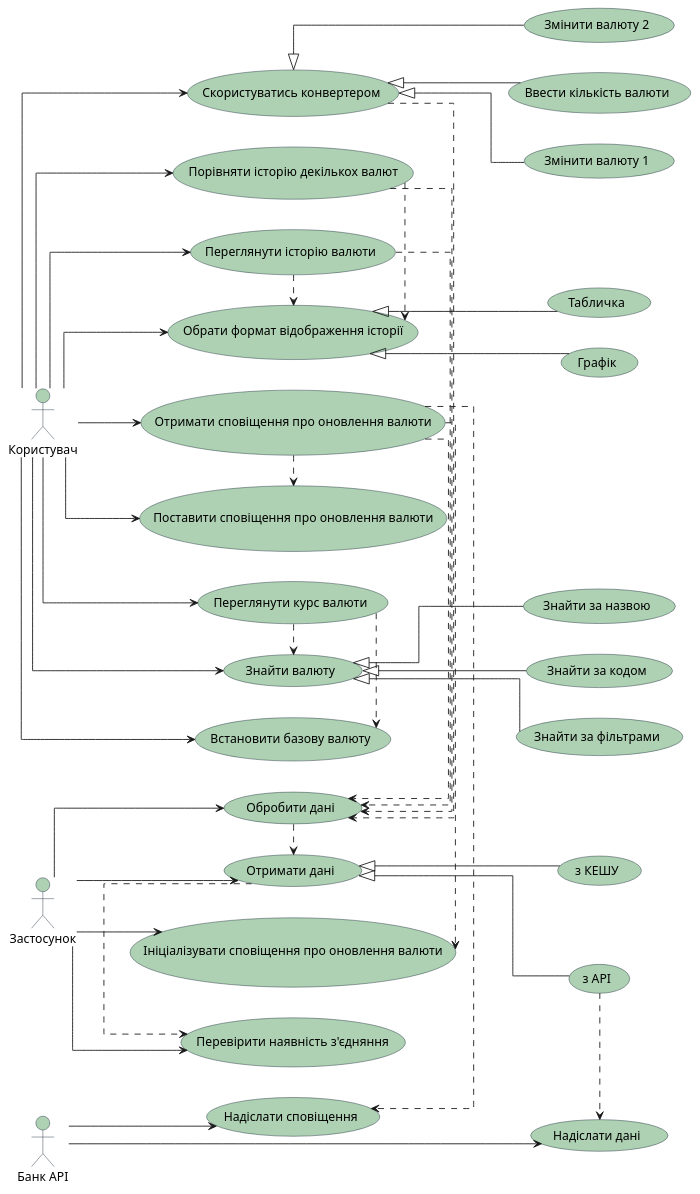
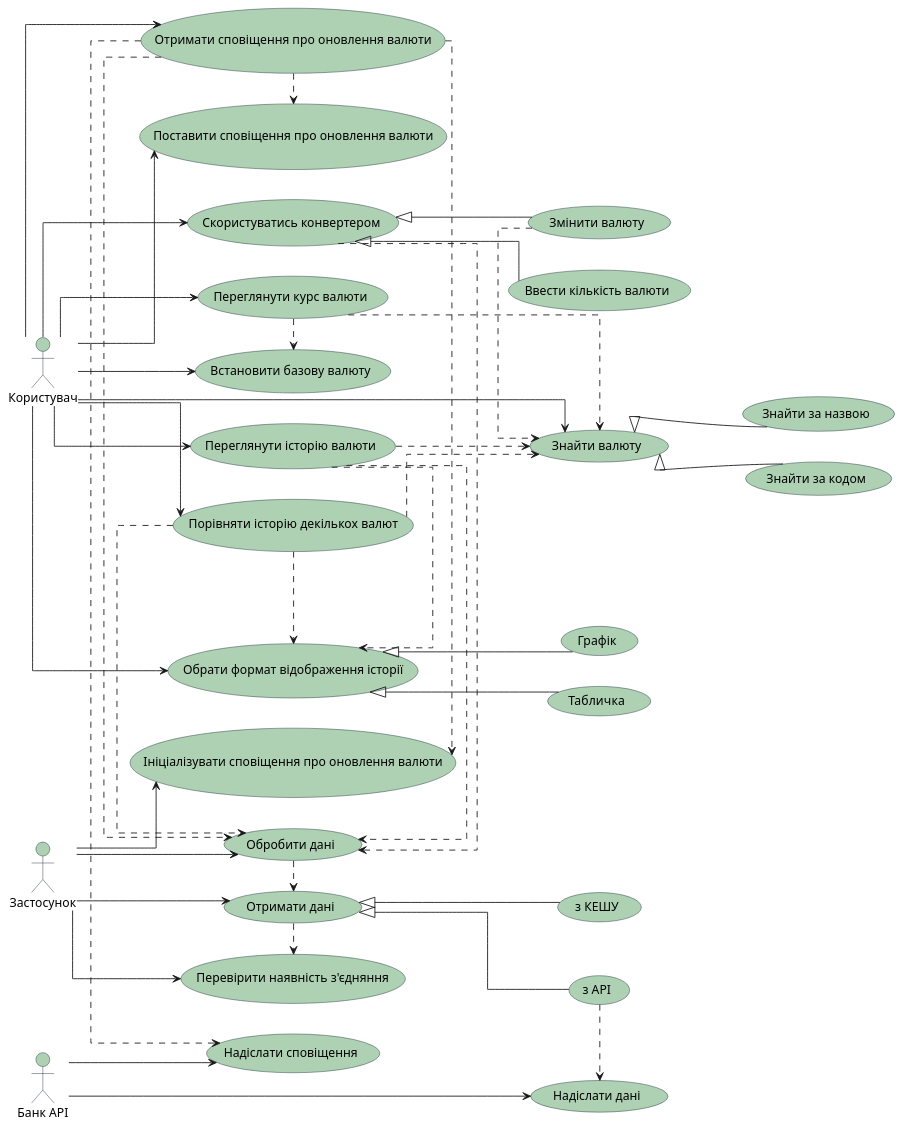
Before and after one commit to MihajloVat/KPI_labs_3_sem: the diagram in lab2/UC/UC.puml, drawn with PlantUML. The commit also changed 4 other files, not shown here.

```diff
--- a/lab2/UC/UC.puml
+++ b/lab2/UC/UC.puml
@@ -1,93 +1,93 @@
 @startuml
 left to right direction
 skinparam packageStyle rectangle
 skinparam usecaseBorderColor #1D2A3B
 skinparam usecaseBackgroundColor #ADD1B2
 skinparam actorBorderColor #1D2A3B
 skinparam actorBackgroundColor #ADD1B2
 skinparam linetype ortho
 
 actor Користувач as User
 actor "Банк API" as BankAPI
 actor Застосунок as App
 
 (Знайти валюту) as FindCurr
 (Знайти за назвою) as FindByName
 (Знайти за кодом) as FindByCode
-(Знайти за фільтрами) as FindByFilters
 (Встановити базову валюту) as SetBaseCurr
 (Переглянути курс валюти) as ViewCurrRate
 (Скористуватись конвертером) as UseConverter
-(Змінити валюту 1) as ChangeCurr1
-(Змінити валюту 2) as ChangeCurr2
+(Змінити валюту) as ChangeCurr
 (Ввести кількість валюти) as EnterAmount
 (Переглянути історію валюти) as ViewHistory
 (Порівняти історію декількох валют) as CompareHistory
 (Обрати формат відображення історії) as SelectHistoryFormat
 (Графік) as Chart
 (Табличка) as Table
 (Поставити сповіщення про оновлення валюти) as SetAlert
 (Отримати сповіщення про оновлення валюти) as GetAlert
 (Надіслати дані) as SendData
 (Надіслати сповіщення) as SendNotif
 (Отримати дані) as GetData
 (Перевірити наявність з'єдняння) as CheckConnection
 (Обробити дані) as ProcData
 (Ініціалізувати сповіщення про оновлення валюти) as InitAlert
 (з АPI) as FromAPI
 (з КЕШУ) as FromCache
 
 User --> FindCurr
 User --> SetBaseCurr
 User --> ViewCurrRate
 User --> UseConverter
 User --> ViewHistory
 User --> CompareHistory
 User --> SelectHistoryFormat
 User --> SetAlert
 User --> GetAlert
 
 BankAPI --> SendData
 BankAPI --> SendNotif
 
 App --> GetData
 App --> CheckConnection
 App --> ProcData
 App --> InitAlert
 
 FindCurr <|-- FindByName
 FindCurr <|-- FindByCode
-FindCurr <|-- FindByFilters
 
-UseConverter <|-- ChangeCurr1
-UseConverter <|-- ChangeCurr2
+UseConverter <|-- ChangeCurr
 UseConverter <|-- EnterAmount
 
 SelectHistoryFormat <|-- Chart
 SelectHistoryFormat <|-- Table
 
 GetData <|-- FromAPI
 GetData <|-- FromCache
 
 ViewCurrRate .> FindCurr
 ViewCurrRate .> SetBaseCurr
+
+ChangeCurr .> FindCurr
+CompareHistory .> FindCurr
+ViewHistory .> FindCurr
 
 UseConverter .> ProcData
 CompareHistory .> ProcData
 ViewHistory .> ProcData
 GetAlert .> ProcData
 
 ViewHistory .> SelectHistoryFormat
 CompareHistory .> SelectHistoryFormat
 
 GetAlert .> SendNotif
 GetAlert .> SetAlert
 GetAlert .> InitAlert
 
 FromAPI .> SendData
 
 ProcData .> GetData
 
 GetData .> CheckConnection
 
 @enduml
```
